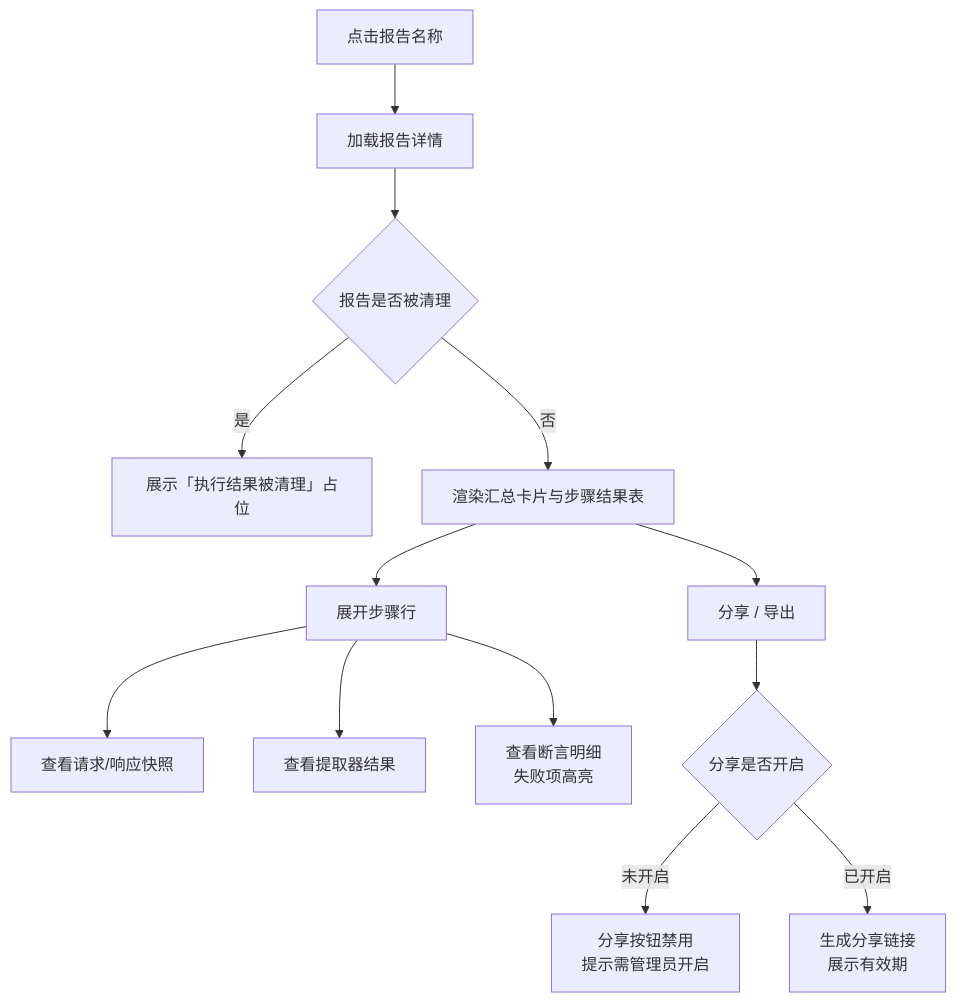
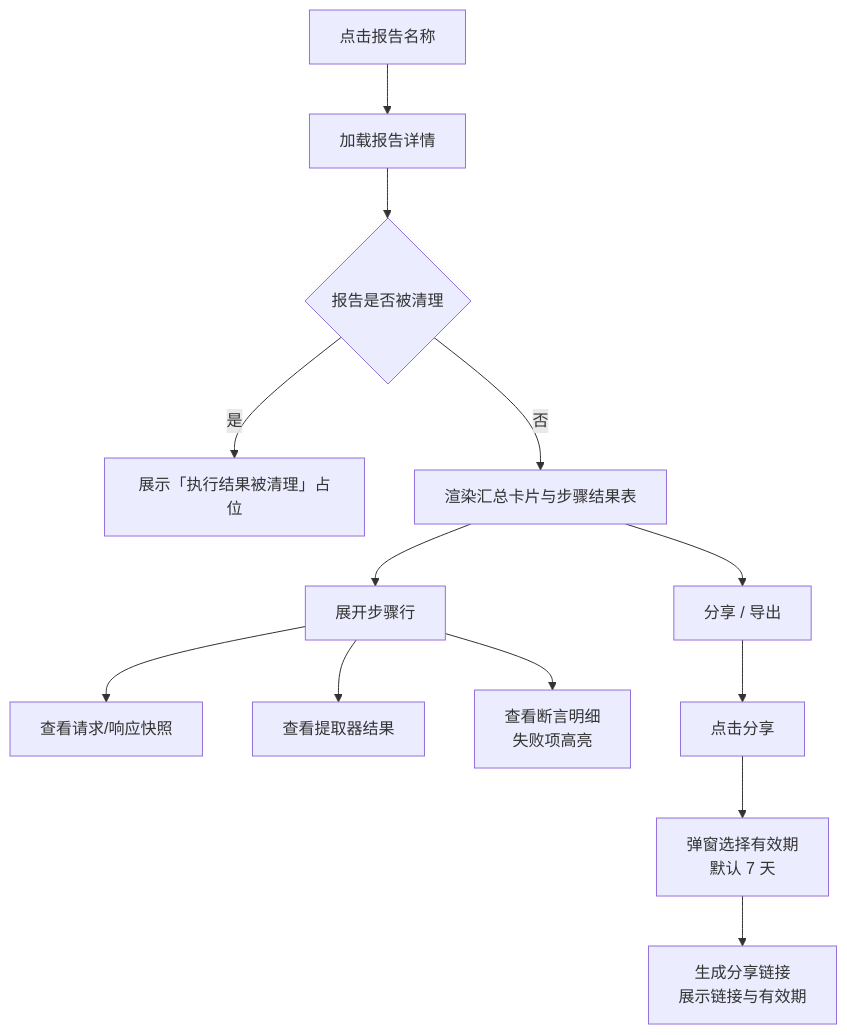
The diagram in docs/交互设计/测试报告交互设计.md (XiaoMiSum/robotest), drawn with Mermaid before and after one commit. The commit also changed other lines of this file and 15 other files, not shown here.

````diff
--- a/docs/交互设计/测试报告交互设计.md
+++ b/docs/交互设计/测试报告交互设计.md
@@ -134,15 +133,15 @@
 ```mermaid
 flowchart TD
     A[点击报告名称] --> B[加载报告详情]
     B --> C{报告是否被清理}
     C -->|是| D[展示「执行结果被清理」占位]
     C -->|否| E[渲染汇总卡片与步骤结果表]
     E --> F[展开步骤行]
     F --> G[查看请求/响应快照]
     F --> H[查看提取器结果]
     F --> I[查看断言明细<br/>失败项高亮]
     E --> J[分享 / 导出]
-    J --> K{分享是否开启}
-    K -->|未开启| L[分享按钮禁用<br/>提示需管理员开启]
-    K -->|已开启| M[生成分享链接<br/>展示有效期]
+    J --> K[点击分享]
+    K --> L[弹窗选择有效期<br/>默认 7 天]
+    L --> M[生成分享链接<br/>展示链接与有效期]
 ```
````
